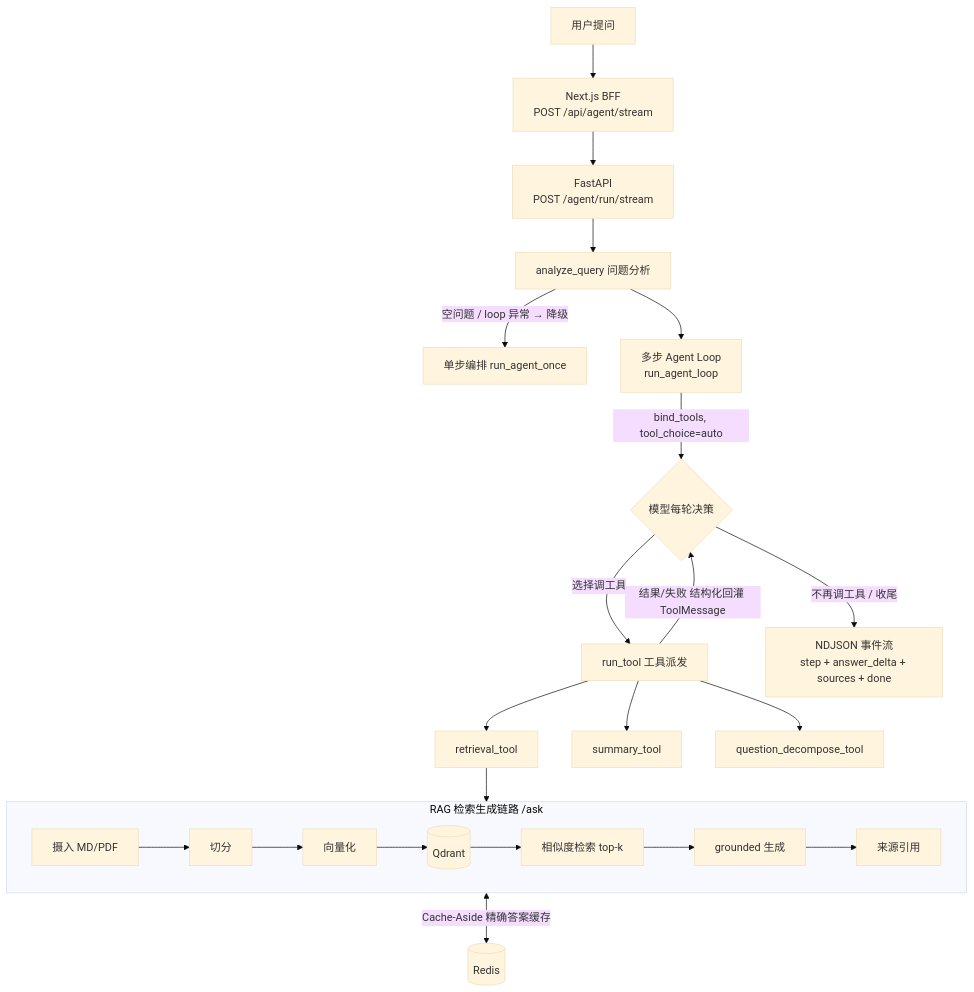
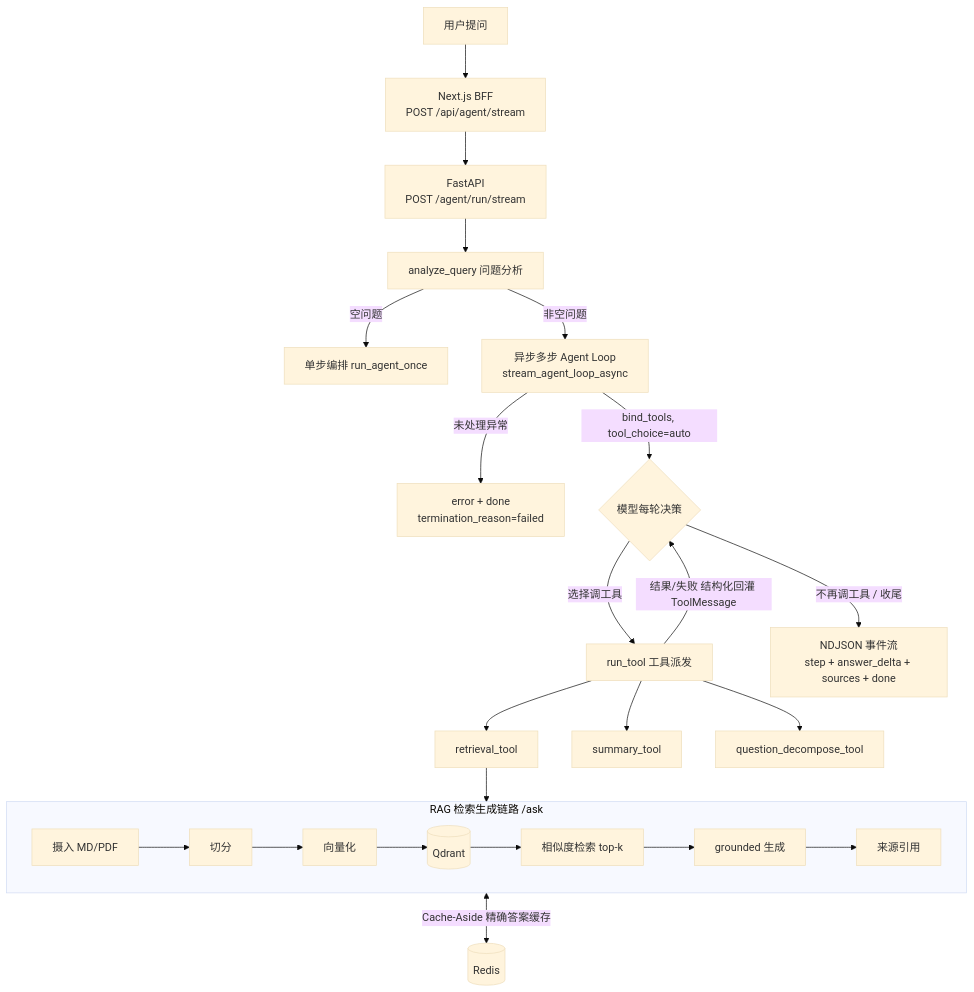
The diagram in README.md (XMDiven/rag-agent-platform), drawn with Mermaid (base theme) before and after one commit. The commit also changed other lines of this file and 3 other files, not shown here.

````diff
--- a/README.md
+++ b/README.md
@@ -29,26 +29,27 @@
 ```mermaid
 flowchart TD
     U[用户提问] --> BFF[Next.js BFF<br/>POST /api/agent/stream]
     BFF --> EP[FastAPI<br/>POST /agent/run/stream]
     EP --> AQ[analyze_query 问题分析]
-    AQ -->|空问题 / loop 异常 → 降级| ONCE[单步编排 run_agent_once]
-    AQ --> LOOP[多步 Agent Loop<br/>run_agent_loop]
+    AQ -->|空问题| ONCE[单步编排 run_agent_once]
+    AQ -->|非空问题| LOOP[异步多步 Agent Loop<br/>stream_agent_loop_async]
+    LOOP -->|未处理异常| ERR[error + done<br/>termination_reason=failed]
 
     LOOP -->|bind_tools, tool_choice=auto| DEC{模型每轮决策}
     DEC -->|选择调工具| DISP[run_tool 工具派发]
     DISP --> RTOOL[retrieval_tool]
     DISP --> STOOL[summary_tool]
     DISP --> QTOOL[question_decompose_tool]
     DISP -->|结果/失败 结构化回灌 ToolMessage| DEC
     DEC -->|不再调工具 / 收尾| OUT[NDJSON 事件流<br/>step + answer_delta + sources + done]
 
     RTOOL --> RAG
 
     RAG <-->|Cache-Aside 精确答案缓存| CACHE[(Redis)]
 
     subgraph RAG [RAG 检索生成链路 /ask]
         direction LR
         ING[摄入 MD/PDF] --> CHK[切分] --> EMB[向量化] --> VDB[(Qdrant)]
         VDB --> RET[相似度检索 top-k] --> GEN[grounded 生成] --> CITE[来源引用]
     end
 ```
````
